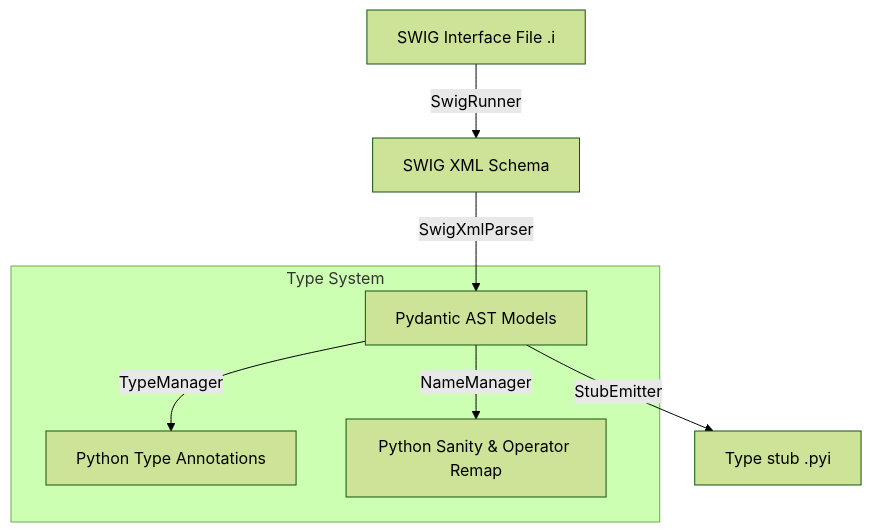
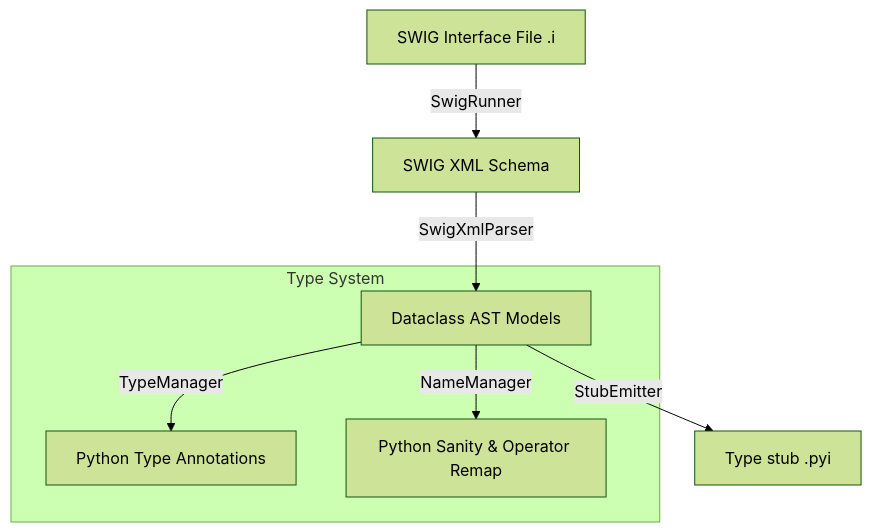
One commit to bwrob/swig2pyi changed the diagram in .project/design.md. Above: the diagram before and after it, drawn with Mermaid (forest theme). The commit also changed other lines of this file and 51 other files, not shown here.

````diff
--- a/.project/design.md
+++ b/.project/design.md
@@ -11,11 +11,11 @@
 ```mermaid
 graph TD
     A[SWIG Interface File .i] -->|SwigRunner| B[SWIG XML Schema]
-    B -->|SwigXmlParser| C[Pydantic AST Models]
+    B -->|SwigXmlParser| C[Dataclass AST Models]
     C -->|StubEmitter| D[Type stub .pyi]
 
     subgraph Type System
         C -->|TypeManager| E[Python Type Annotations]
         C -->|NameManager| F[Python Sanity & Operator Remap]
     end
 ```
````
